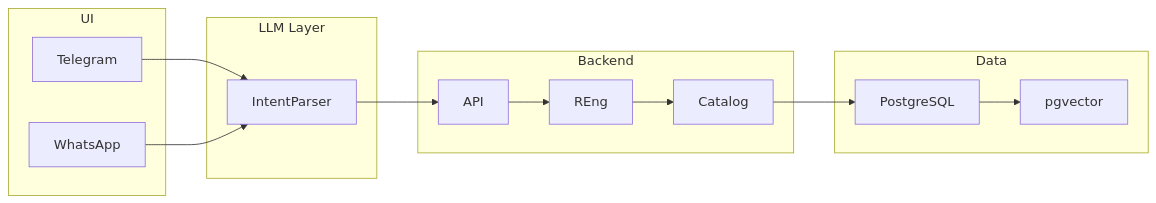
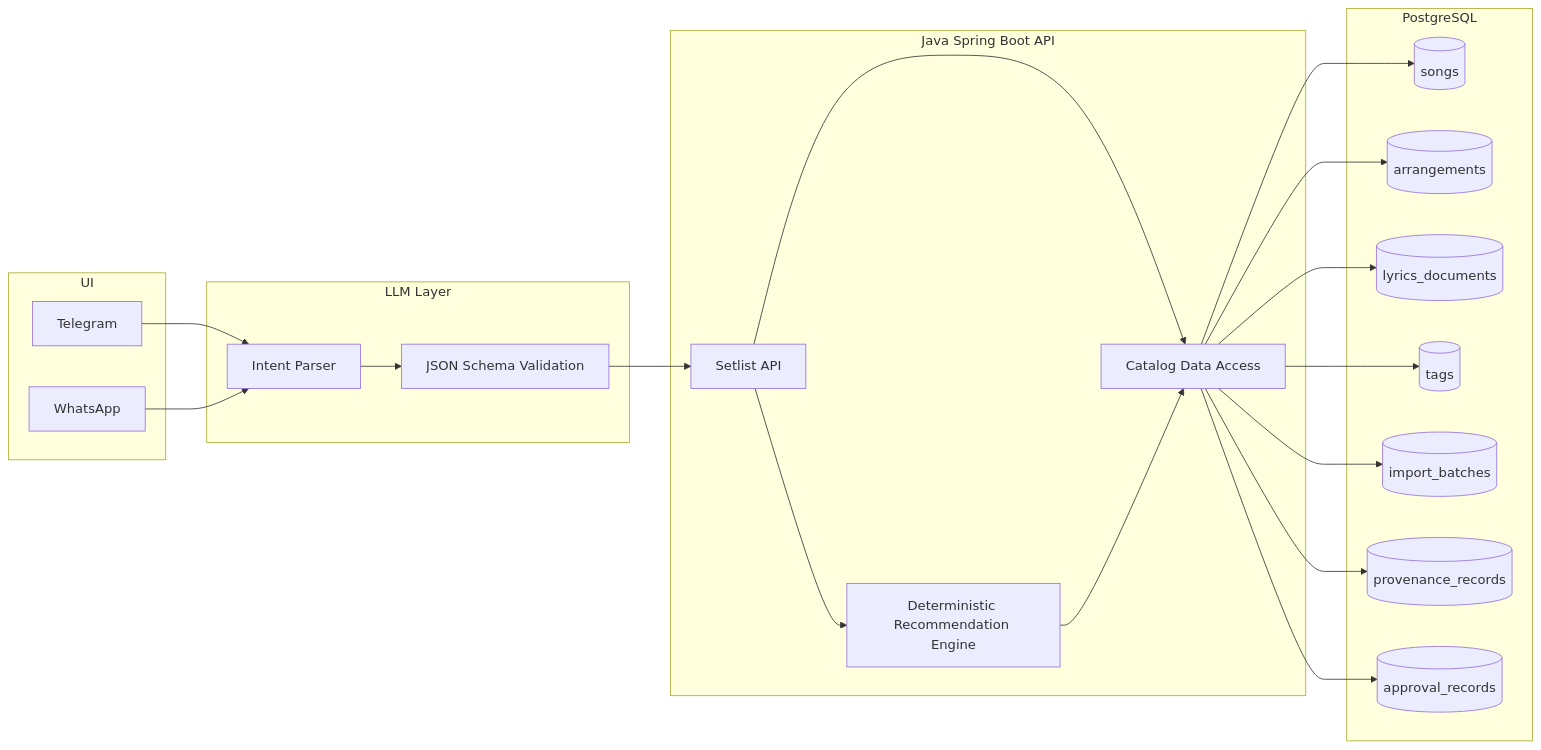
One commit to homeputers/cadentia changed the second of 4 diagrams in docs/ARCHITECTURE.md. Above: the diagram before and after it, drawn with Mermaid. The commit also changed other lines of this file and 2 other files, not shown here.

Commit message:
docs: update adr-001 architecture documentation (#10)

````diff
--- a/docs/ARCHITECTURE.md
+++ b/docs/ARCHITECTURE.md
@@ -19,30 +29,43 @@
 ``` mermaid
 graph LR
     subgraph UI
         Telegram
         WhatsApp
     end
 
     subgraph LLM Layer
-        IntentParser
+        IntentParser[Intent Parser]
+        JsonSchema[JSON Schema Validation]
     end
 
-    subgraph Backend
-        API
-        REng
-        Catalog
+    subgraph Backend[Java Spring Boot API]
+        API[Setlist API]
+        Catalog[Catalog Data Access]
+        REng[Deterministic Recommendation Engine]
     end
 
-    subgraph Data
-        PostgreSQL
-        pgvector
+    subgraph Data[PostgreSQL]
+        Songs[(songs)]
+        Arrangements[(arrangements)]
+        Lyrics[(lyrics_documents)]
+        Tags[(tags)]
+        Imports[(import_batches)]
+        Provenance[(provenance_records)]
+        Approvals[(approval_records)]
     end
 
     Telegram --> IntentParser
     WhatsApp --> IntentParser
-    IntentParser --> API
+    IntentParser --> JsonSchema
+    JsonSchema --> API
+    API --> Catalog
     API --> REng
     REng --> Catalog
-    Catalog --> PostgreSQL
-    PostgreSQL --> pgvector
+    Catalog --> Songs
+    Catalog --> Arrangements
+    Catalog --> Lyrics
+    Catalog --> Tags
+    Catalog --> Imports
+    Catalog --> Provenance
+    Catalog --> Approvals
 ```
````
